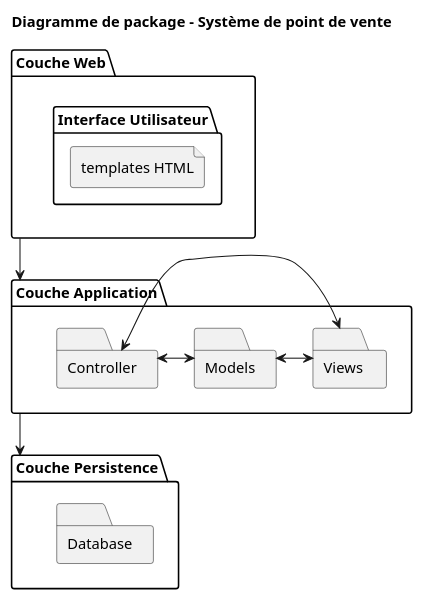
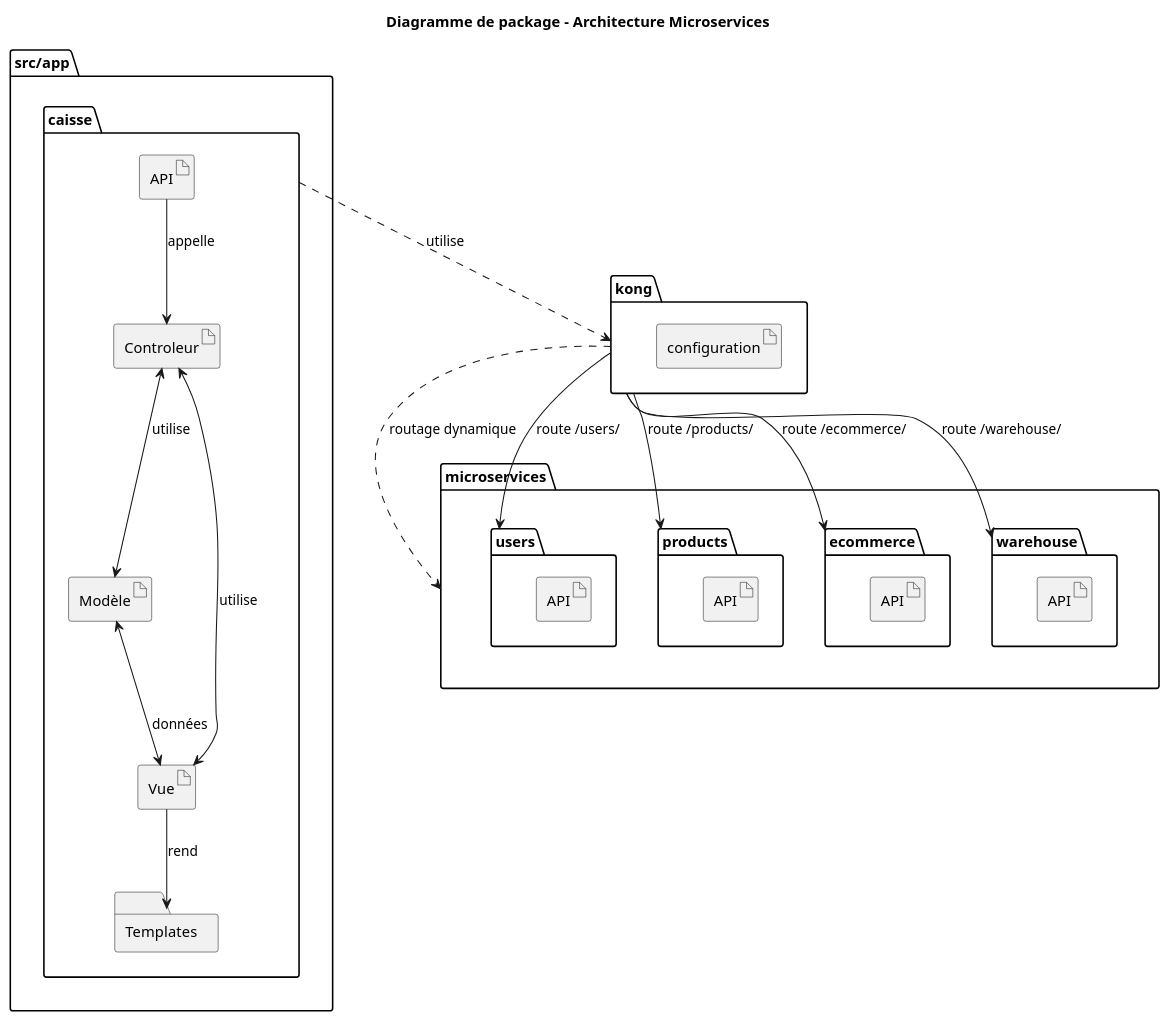
The diagram in docs/diagrams/package_diagram.puml (LojanArunasalam/LOG430-Lab5), drawn with PlantUML before and after one commit. The commit also changed 14 other files, not shown here.

```diff
--- a/docs/diagrams/package_diagram.puml
+++ b/docs/diagrams/package_diagram.puml
@@ -1,29 +1,54 @@
 @startuml
 hide circle
 hide members
 top to bottom direction
-title Diagramme de package - Système de point de vente 
+title Diagramme de package - Architecture Microservices
 
-package "Couche Web" {
-    folder "Interface Utilisateur" { 
-        file "templates HTML"
+
+package "kong" {
+    artifact "configuration"
+}
+
+package "src/app" {
+    folder "caisse" {
+       artifact "Controleur"
+       artifact "Modèle"
+       artifact "Vue"
+       folder "Templates"
+       artifact "API" as baseAPI
     }
 }
 
-package "Couche Application" {
-    folder "Controller"
-    folder "Views"
-    folder "Models"
+package "microservices" {
+    package "users" {
+        artifact "API" as api1
+    }
+    
+    package "products" {
+        artifact "API" as api2
+    }
+    package "ecommerce" {
+        artifact "API" as api3
+    }
+    
+    package "warehouse" {
+        artifact "API" as api4
+    }
 }
 
-package "Couche Persistence" {
-    folder "Database"
-}
 
-Controller <-> Views
-Controller <-> Models 
-Models <-> Views
+"Controleur" <--> "Modèle" : utilise
+"Controleur" <--> "Vue" : utilise
+"Vue" --> "Templates" : rend
+"Modèle" <--> "Vue" : données
+"baseAPI" --> "Controleur" : appelle
 
-"Couche Web" --> "Couche Application"
-"Couche Application" --> "Couche Persistence"
+"kong" --> "users" : route /users/
+"kong" --> "products" : route /products/
+"kong" --> "ecommerce" : route /ecommerce/
+"kong" --> "warehouse" : route /warehouse/
+
+"kong" ..> "microservices" : routage dynamique
+"caisse" ..> "kong" : utilise
+
 @enduml
```
